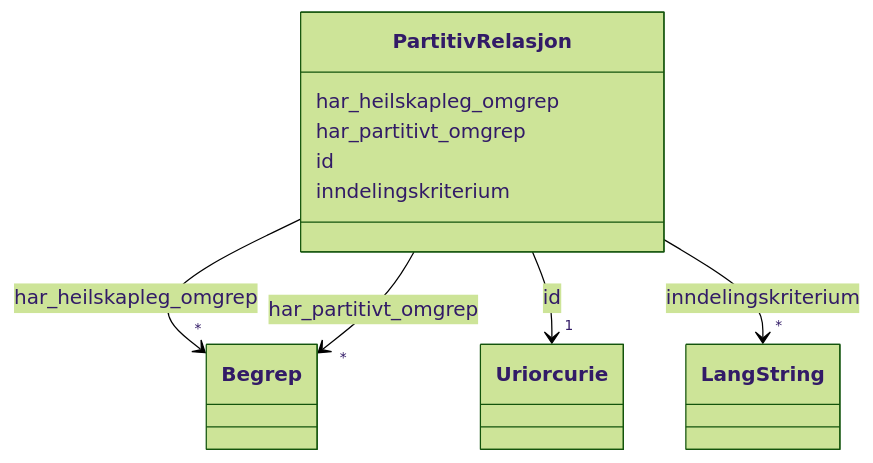
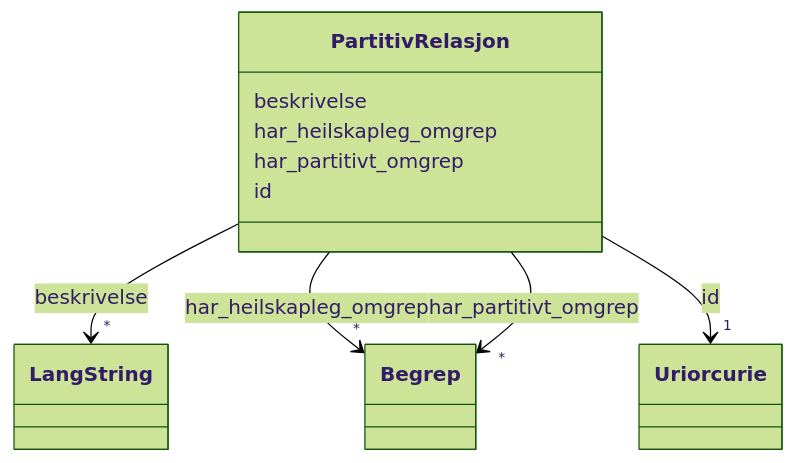
One commit to brreg/linkml-datamodellering-no changed the diagram in mkdocs/docs/begrepskatalog/brreg-begrepskatalog/klasser/partitivrelasjon.md. Above: the diagram before and after it, drawn with Mermaid (forest theme). The commit also changed other lines of this file and 758 other files, not shown here.

````diff
--- a/mkdocs/docs/begrepskatalog/brreg-begrepskatalog/klasser/partitivrelasjon.md
+++ b/mkdocs/docs/begrepskatalog/brreg-begrepskatalog/klasser/partitivrelasjon.md
@@ -18,50 +18,50 @@
 ```mermaid
  classDiagram
     class PartitivRelasjon
     click PartitivRelasjon href "../PartitivRelasjon/"
+      PartitivRelasjon : beskrivelse
+        
+          
+    
+        
+        
+        PartitivRelasjon --> "*" LangString : beskrivelse
+        click LangString href "../LangString/"
+    
+
+        
       PartitivRelasjon : har_heilskapleg_omgrep
         
           
     
         
         
         PartitivRelasjon --> "*" Begrep : har_heilskapleg_omgrep
         click Begrep href "../Begrep/"
     
 
         
       PartitivRelasjon : har_partitivt_omgrep
         
           
     
         
         
         PartitivRelasjon --> "*" Begrep : har_partitivt_omgrep
         click Begrep href "../Begrep/"
     
 
         
       PartitivRelasjon : id
         
           
     
         
         
         PartitivRelasjon --> "1" Uriorcurie : id
         click Uriorcurie href "../http://www.w3.org/2001/XMLSchema#anyURI/"
     
 
         
-      PartitivRelasjon : inndelingskriterium
-        
-          
-    
-        
-        
-        PartitivRelasjon --> "*" LangString : inndelingskriterium
-        click LangString href "../LangString/"
-    
-
-        
       
 ```
````
